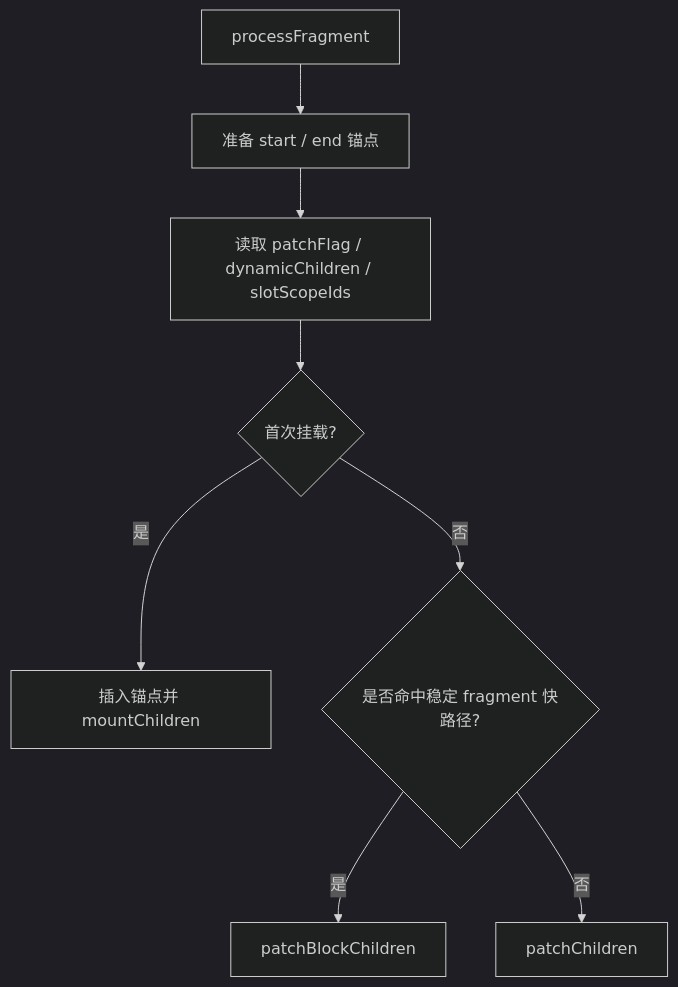
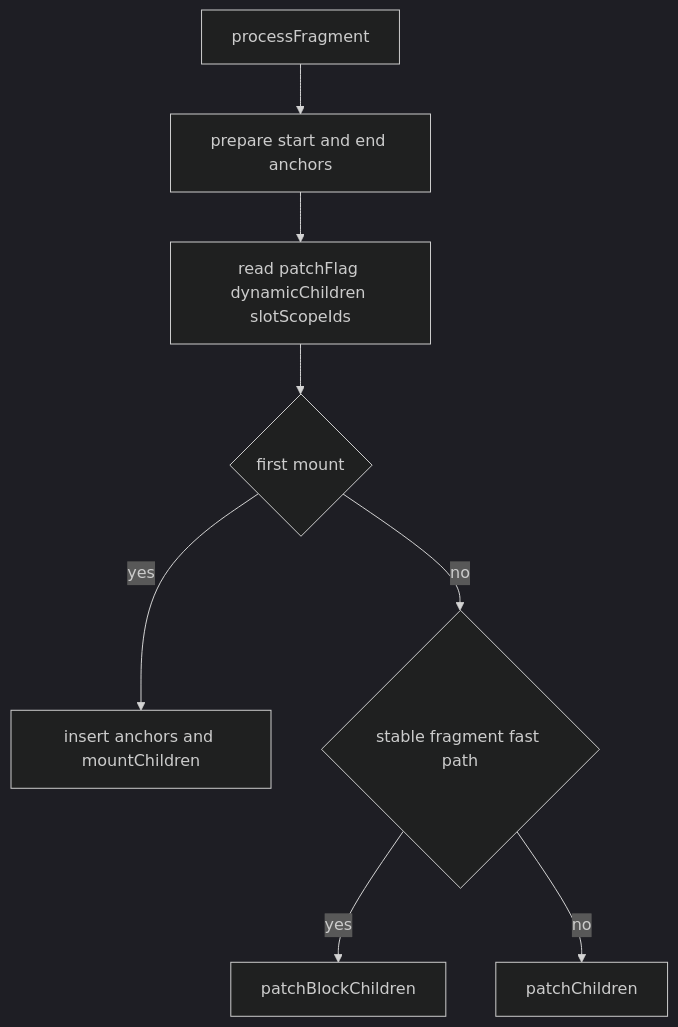
One commit to Tajigaqzh/front_basic changed the diagram in docs/vue/source/runtime-core/fragment-block-source-walkthrough.md. Above: the diagram before and after it, drawn with Mermaid (dark theme). The commit also changed 11 other files, not shown here.

````diff
--- a/docs/vue/source/runtime-core/fragment-block-source-walkthrough.md
+++ b/docs/vue/source/runtime-core/fragment-block-source-walkthrough.md
@@ -82,10 +82,10 @@
 ```mermaid
 flowchart TD
-  A[processFragment] --> B[准备 start / end 锚点]
-  B --> C[读取 patchFlag / dynamicChildren / slotScopeIds]
-  C --> D{首次挂载?}
-  D -- 是 --> E[插入锚点并 mountChildren]
-  D -- 否 --> F{是否命中稳定 fragment 快路径?}
-  F -- 是 --> G[patchBlockChildren]
-  F -- 否 --> H[patchChildren]
+  A["processFragment"] --> B["prepare start and end anchors"]
+  B --> C["read patchFlag dynamicChildren slotScopeIds"]
+  C --> D{"first mount"}
+  D -- yes --> E["insert anchors and mountChildren"]
+  D -- no --> F{"stable fragment fast path"}
+  F -- yes --> G["patchBlockChildren"]
+  F -- no --> H["patchChildren"]
 ```
````
